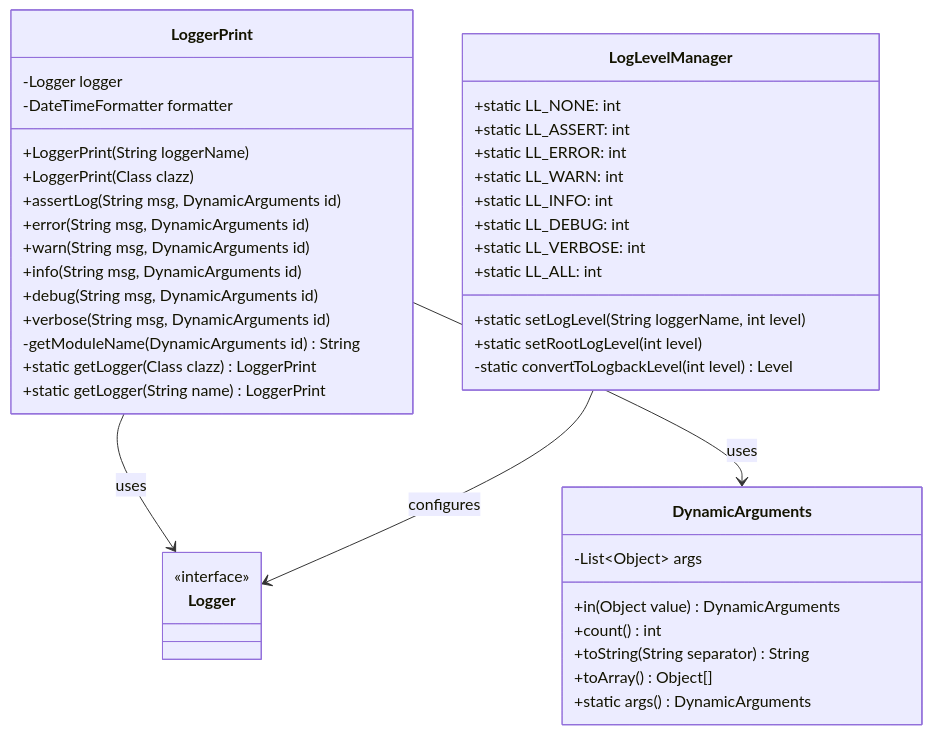
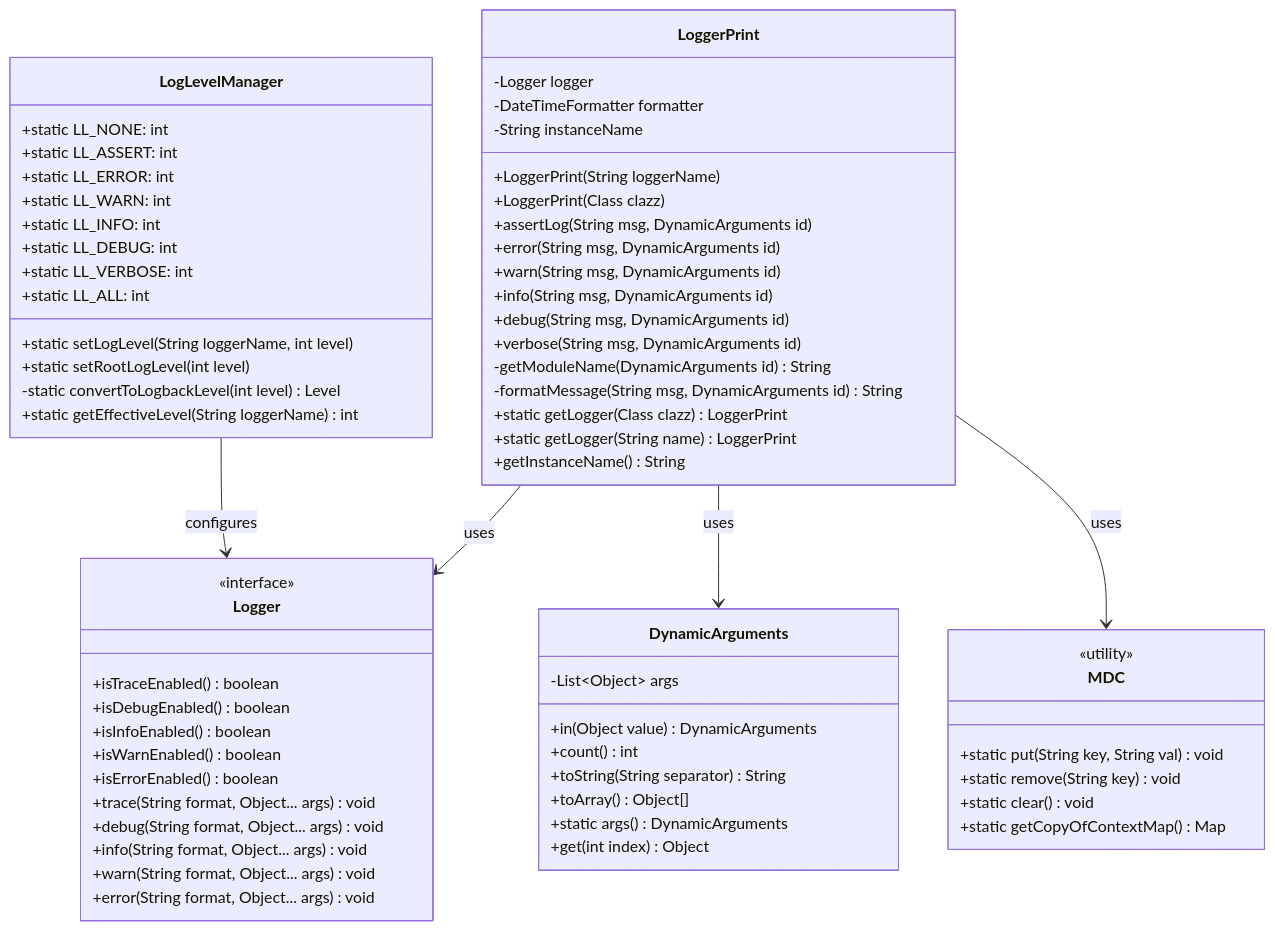
One commit to cshubhra/ls-dl changed the first of 7 diagrams in documentation/migration/LoggerPrint_Logback_Architecture.md. Above: the diagram before and after it, drawn with Mermaid. The commit also changed other lines of this file, not shown here.

Commit message:
Update LoggerPrint Logback architecture diagrams with more detail

````diff
--- a/documentation/migration/LoggerPrint_Logback_Architecture.md
+++ b/documentation/migration/LoggerPrint_Logback_Architecture.md
@@ -7,49 +7,73 @@
 ```mermaid
 classDiagram
     class LoggerPrint {
         -Logger logger
         -DateTimeFormatter formatter
+        -String instanceName
         +LoggerPrint(String loggerName)
         +LoggerPrint(Class<?> clazz)
         +assertLog(String msg, DynamicArguments id)
         +error(String msg, DynamicArguments id)
         +warn(String msg, DynamicArguments id)
         +info(String msg, DynamicArguments id)
         +debug(String msg, DynamicArguments id)
         +verbose(String msg, DynamicArguments id)
         -getModuleName(DynamicArguments id) String
+        -formatMessage(String msg, DynamicArguments id) String
         +static getLogger(Class<?> clazz) LoggerPrint
         +static getLogger(String name) LoggerPrint
+        +getInstanceName() String
     }
     
     class DynamicArguments {
         -List~Object~ args
         +in(Object value) DynamicArguments
         +count() int
         +toString(String separator) String
         +toArray() Object[]
         +static args() DynamicArguments
+        +get(int index) Object
     }
     
     class LogLevelManager {
         +static LL_NONE: int
         +static LL_ASSERT: int
         +static LL_ERROR: int
         +static LL_WARN: int
         +static LL_INFO: int
         +static LL_DEBUG: int
         +static LL_VERBOSE: int
         +static LL_ALL: int
         +static setLogLevel(String loggerName, int level)
         +static setRootLogLevel(int level)
         -static convertToLogbackLevel(int level) Level
+        +static getEffectiveLevel(String loggerName) int
     }
     
     class Logger {
         <<interface>>
+        +isTraceEnabled() boolean
+        +isDebugEnabled() boolean
+        +isInfoEnabled() boolean
+        +isWarnEnabled() boolean
+        +isErrorEnabled() boolean
+        +trace(String format, Object... args) void
+        +debug(String format, Object... args) void
+        +info(String format, Object... args) void
+        +warn(String format, Object... args) void
+        +error(String format, Object... args) void
+    }
+    
+    class MDC {
+        <<utility>>
+        +static put(String key, String val) void
+        +static remove(String key) void
+        +static clear() void
+        +static getCopyOfContextMap() Map
     }
     
     LoggerPrint --> Logger : uses
     LoggerPrint --> DynamicArguments : uses
+    LoggerPrint --> MDC : uses
     LogLevelManager --> Logger : configures
 ```
````
